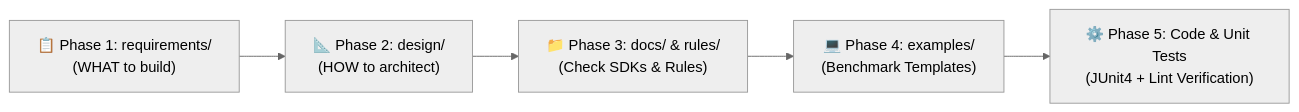
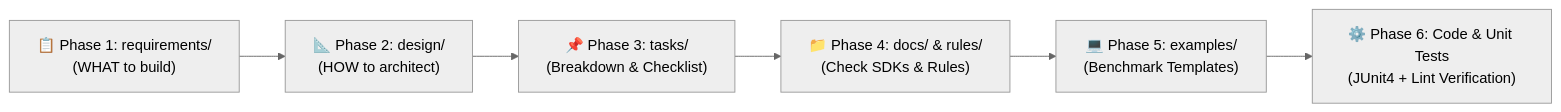
The diagram in Java_Android/ReadMe.md (letrthong/telua_skill), drawn with Mermaid (neutral theme) before and after one commit. The commit also changed other lines of this file and 4 other files, not shown here.

````diff
--- a/Java_Android/ReadMe.md
+++ b/Java_Android/ReadMe.md
@@ -73,7 +74,8 @@
 ```mermaid
 flowchart LR
     A["📋 Phase 1: requirements/<br/>(WHAT to build)"] --> B["📐 Phase 2: design/<br/>(HOW to architect)"]
-    B --> C["📁 Phase 3: docs/ & rules/<br/>(Check SDKs & Rules)"]
-    C --> D["💻 Phase 4: examples/<br/>(Benchmark Templates)"]
-    D --> E["⚙️ Phase 5: Code & Unit Tests<br/>(JUnit4 + Lint Verification)"]
+    B --> C["📌 Phase 3: tasks/<br/>(Breakdown & Checklist)"]
+    C --> D["📁 Phase 4: docs/ & rules/<br/>(Check SDKs & Rules)"]
+    D --> E["💻 Phase 5: examples/<br/>(Benchmark Templates)"]
+    E --> F["⚙️ Phase 6: Code & Unit Tests<br/>(JUnit4 + Lint Verification)"]
 ```
````
